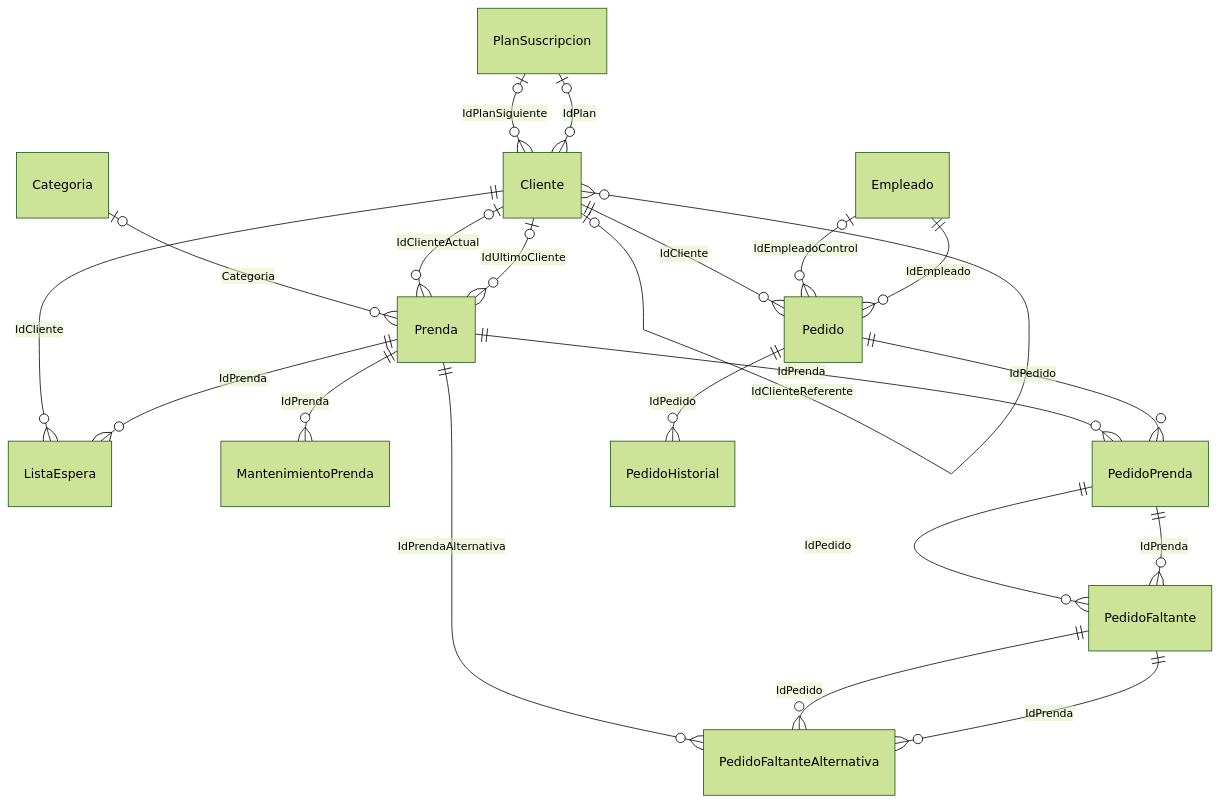
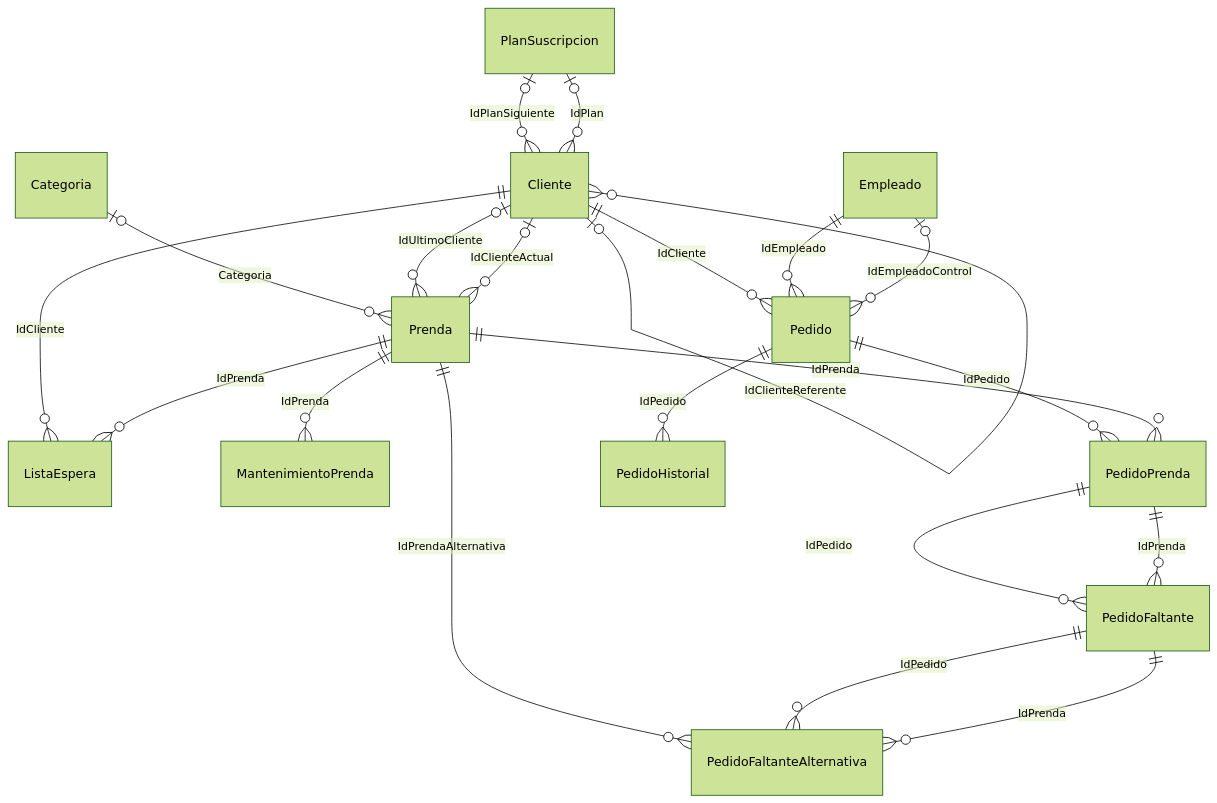
One commit to valentinamorana/Trabajo-de-Diploma changed the diagram in docs/diagramas/mermaid/MC_pn01_pedidos.mmd. Above: the diagram before and after it, drawn with Mermaid (forest theme). The commit also changed other lines of this file and 113 other files, not shown here.

```diff
--- a/docs/diagramas/mermaid/MC_pn01_pedidos.mmd
+++ b/docs/diagramas/mermaid/MC_pn01_pedidos.mmd
@@ -1,33 +1,33 @@
 erDiagram
   Cliente |o--o{ Cliente : "IdClienteReferente"
   PlanSuscripcion |o--o{ Cliente : "IdPlanSiguiente"
   PlanSuscripcion |o--o{ Cliente : "IdPlan"
   Cliente ||--o{ ListaEspera : "IdCliente"
   Prenda ||--o{ ListaEspera : "IdPrenda"
   Prenda ||--o{ MantenimientoPrenda : "IdPrenda"
   Cliente ||--o{ Pedido : "IdCliente"
+  Empleado ||--o{ Pedido : "IdEmpleado"
   Empleado |o--o{ Pedido : "IdEmpleadoControl"
-  Empleado ||--o{ Pedido : "IdEmpleado"
   PedidoPrenda ||--o{ PedidoFaltante : "IdPedido"
   PedidoPrenda ||--o{ PedidoFaltante : "IdPrenda"
   Prenda ||--o{ PedidoFaltanteAlternativa : "IdPrendaAlternativa"
   PedidoFaltante ||--o{ PedidoFaltanteAlternativa : "IdPedido"
   PedidoFaltante ||--o{ PedidoFaltanteAlternativa : "IdPrenda"
   Pedido ||--o{ PedidoHistorial : "IdPedido"
+  Pedido ||--o{ PedidoPrenda : "IdPedido"
   Prenda ||--o{ PedidoPrenda : "IdPrenda"
-  Pedido ||--o{ PedidoPrenda : "IdPedido"
   Categoria |o--o{ Prenda : "Categoria"
+  Cliente |o--o{ Prenda : "IdUltimoCliente"
   Cliente |o--o{ Prenda : "IdClienteActual"
-  Cliente |o--o{ Prenda : "IdUltimoCliente"
   Cliente
   PlanSuscripcion
   Empleado
   Pedido
   PedidoPrenda
   PedidoFaltante
   PedidoFaltanteAlternativa
   PedidoHistorial
   Prenda
   Categoria
   ListaEspera
   MantenimientoPrenda
```
